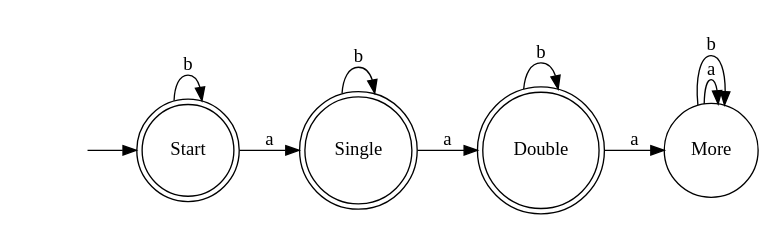
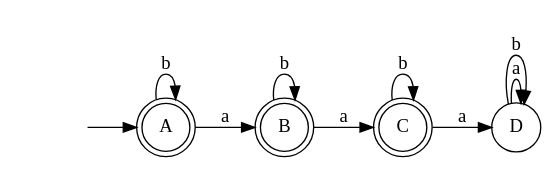
The diagram in assignments/a1/graphs/2-l2.dot (Hoverbear/CSC-320), drawn with Graphviz before and after one commit. The commit also changed 5 other files, not shown here.

Commit message:
more graphs, corrections

```diff
--- a/assignments/a1/graphs/2-l2.dot
+++ b/assignments/a1/graphs/2-l2.dot
@@ -1,22 +1,22 @@
 digraph finite_state_machine {
 	rankdir = LR;
 	/*size = "4,6"*/
 	/*ppi = 300*/
 	node [ shape = none ] "";
-	node [ shape = doublecircle ]; "Start" "Single" "Double";
+	node [ shape = doublecircle ]; "A" "B" "C";
 	node [ shape = circle ];
 
-	"" -> "Start"
+	"" -> "A"
 
-	"Start" -> "Single"  [ label = "a" ]
-	"Start" -> "Start"   [ label = "b" ]
+	"A" -> "B"  [ label = "a" ]
+	"A" -> "A"   [ label = "b" ]
 
-	"Single" -> "Double"   [ label = "a" ]
-	"Single" -> "Single"   [ label = "b" ]
+	"B" -> "C"   [ label = "a" ]
+	"B" -> "B"   [ label = "b" ]
 
-	"Double" -> "More" [ label = "a"]
-	"Double" -> "Double" [ label = "b"]
+	"C" -> "D" [ label = "a"]
+	"C" -> "C" [ label = "b"]
 
-	"More" -> "More" [ label = "a"]
-	"More" -> "More" [ label = "b"]
+	"D" -> "D" [ label = "a"]
+	"D" -> "D" [ label = "b"]
 }
```
